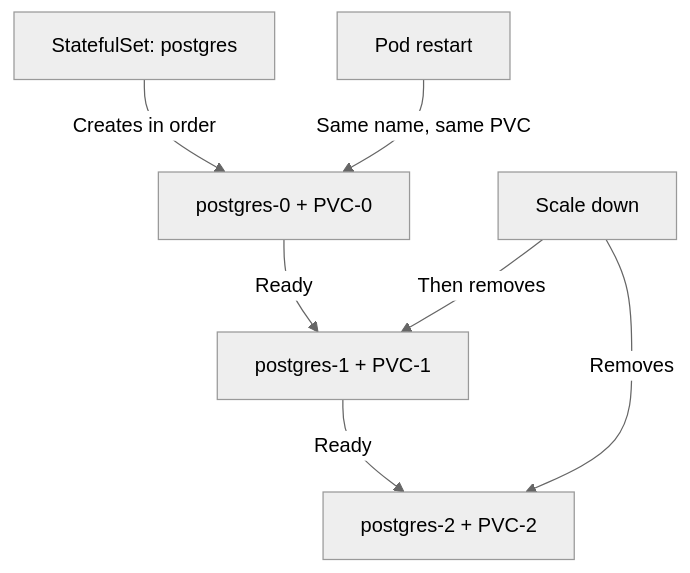
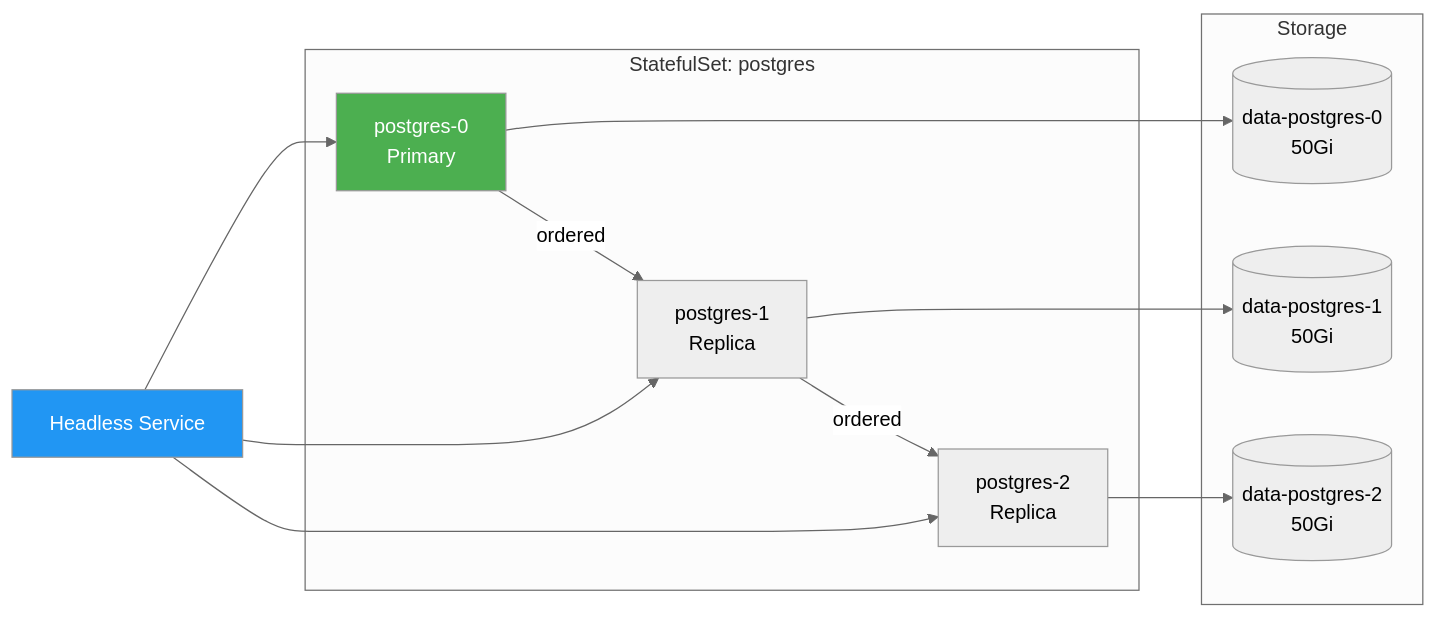
Before and after one commit to greg4fun/kubernetesrecipes.github.io: the diagram in src/content/recipes/kubernetes-statefulset-guide.md, drawn with Mermaid (neutral theme). The commit also changed other lines of this file and 10 other files, not shown here.

````diff
--- a/src/content/recipes/kubernetes-statefulset-guide.md
+++ b/src/content/recipes/kubernetes-statefulset-guide.md
@@ -124,9 +137,20 @@
 ```mermaid
-graph TD
-    A[StatefulSet: postgres] -->|Creates in order| B[postgres-0 + PVC-0]
-    B -->|Ready| C[postgres-1 + PVC-1]
-    C -->|Ready| D[postgres-2 + PVC-2]
-    E[Scale down] -->|Removes| D
-    E -->|Then removes| C
-    F[Pod restart] -->|Same name, same PVC| B
+graph LR
+    subgraph StatefulSet: postgres
+        P0[postgres-0<br/>Primary] --> |ordered| P1[postgres-1<br/>Replica]
+        P1 --> |ordered| P2[postgres-2<br/>Replica]
+    end
+    
+    subgraph Storage
+        P0 --> PV0[(data-postgres-0<br/>50Gi)]
+        P1 --> PV1[(data-postgres-1<br/>50Gi)]
+        P2 --> PV2[(data-postgres-2<br/>50Gi)]
+    end
+    
+    HS[Headless Service] --> P0
+    HS --> P1
+    HS --> P2
+    
+    style HS fill:#2196F3,color:white
+    style P0 fill:#4CAF50,color:white
 ```
````
